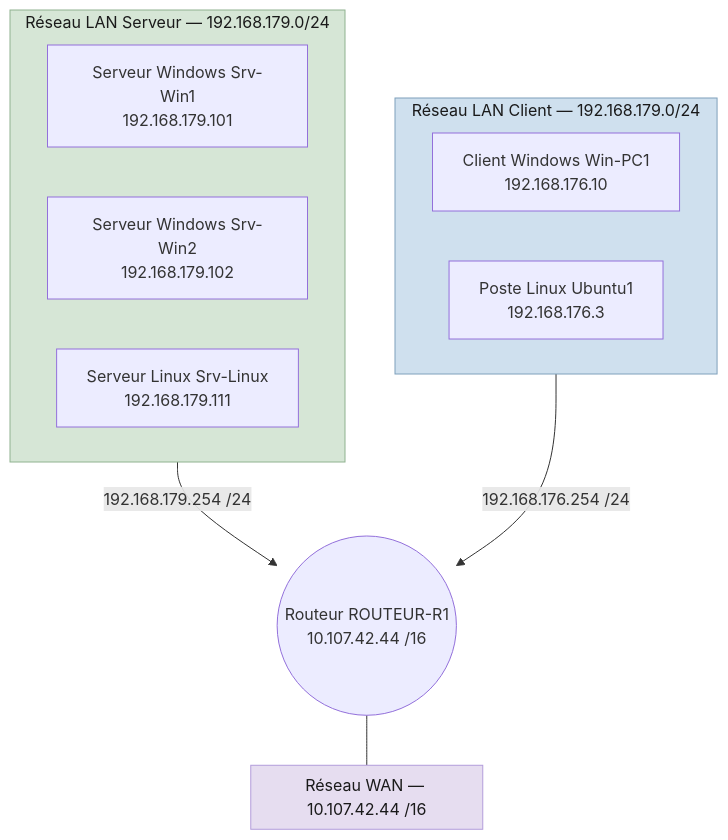
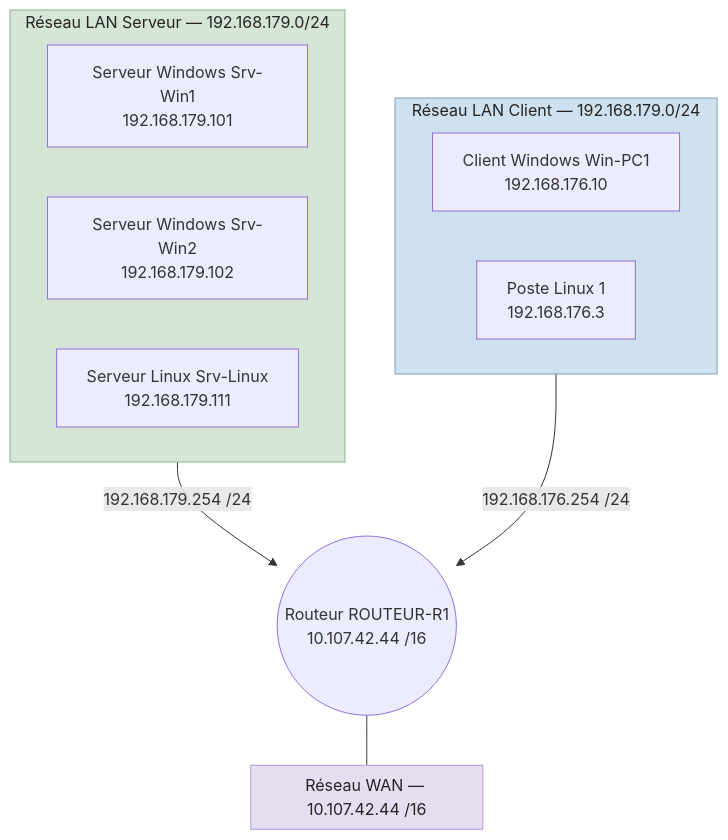
Before and after one commit to Kass-19/tssr-cours: the diagram in docs/cours/cours-10-mise-en-situation-professionnelle-service-reseau/index.md, drawn with Mermaid.

````diff
--- a/docs/cours/cours-10-mise-en-situation-professionnelle-service-reseau/index.md
+++ b/docs/cours/cours-10-mise-en-situation-professionnelle-service-reseau/index.md
@@ -21,26 +21,26 @@
 ```mermaid
 flowchart TB
     subgraph serveur["Réseau LAN Serveur — 192.168.179.0/24"]
         c1["Serveur Windows Srv-Win1<br/>192.168.179.101"]
         c2["Serveur Windows Srv-Win2<br/>192.168.179.102"]
         c3["Serveur Linux Srv-Linux<br/>192.168.179.111"]
     end
 
     subgraph client["Réseau LAN Client — 192.168.179.0/24"]
         s1["Client Windows Win-PC1<br/>192.168.176.10"]
-        s2["Poste Linux Ubuntu1<br/>192.168.176.3"]
+        s2["Poste Linux 1<br/>192.168.176.3"]
     end
 
     r1(("Routeur ROUTEUR-R1<br/>10.107.42.44 /16"))
 
     subgraph wan["Réseau WAN — 10.107.42.44 /16"]
     end
 
     serveur -->|"192.168.179.254 /24"| r1
     client -->|"192.168.176.254 /24"| r1
     r1 --- wan
 
-    style client fill:#cfe0ee,stroke:#7ea0bb,color:#1a1a1a
-    style serveur fill:#d6e6d6,stroke:#8fb28f,color:#1a1a1a
-    style wan fill:#e6ddf0,stroke:#b39ddb,color:#1a1a1a
+    style client fill:#cfe0ee,stroke:#7ea0bb,color:#242424
+    style serveur fill:#d6e6d6,stroke:#8fb28f,color:#242424
+    style wan fill:#e6ddf0,stroke:#b39ddb,color:#242424
 ```
````
